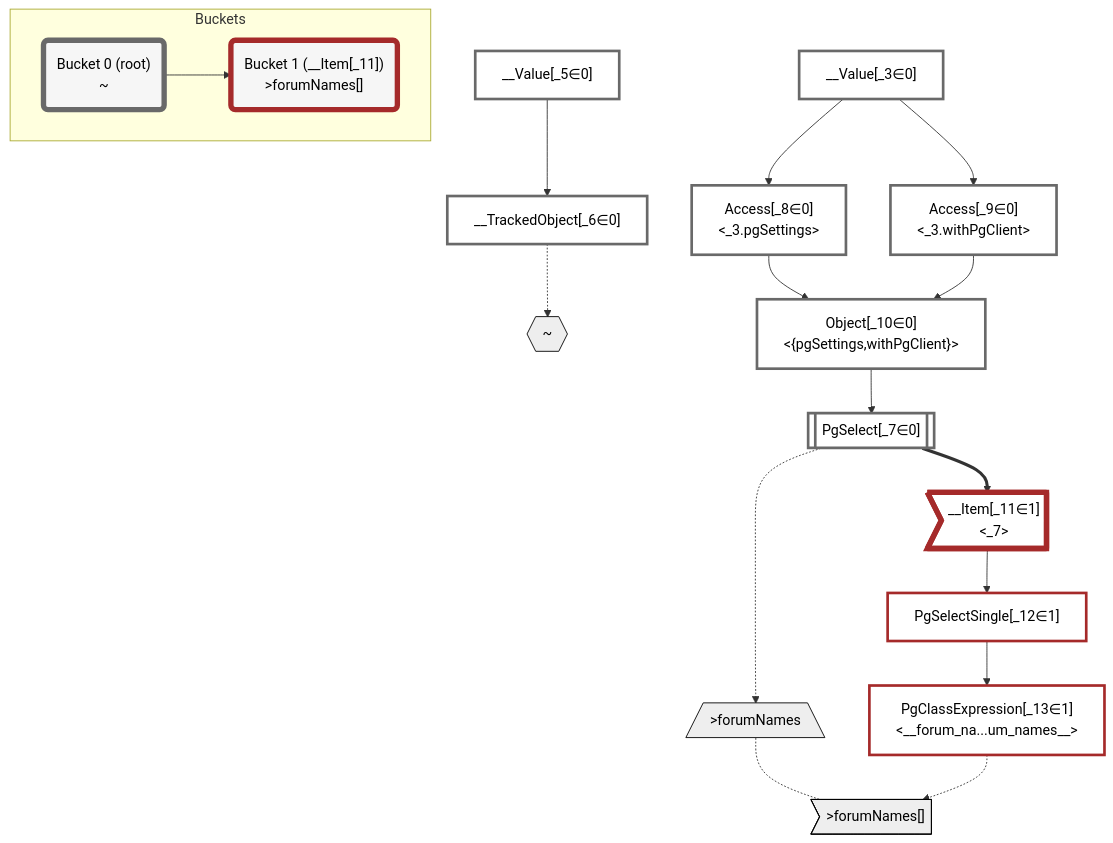
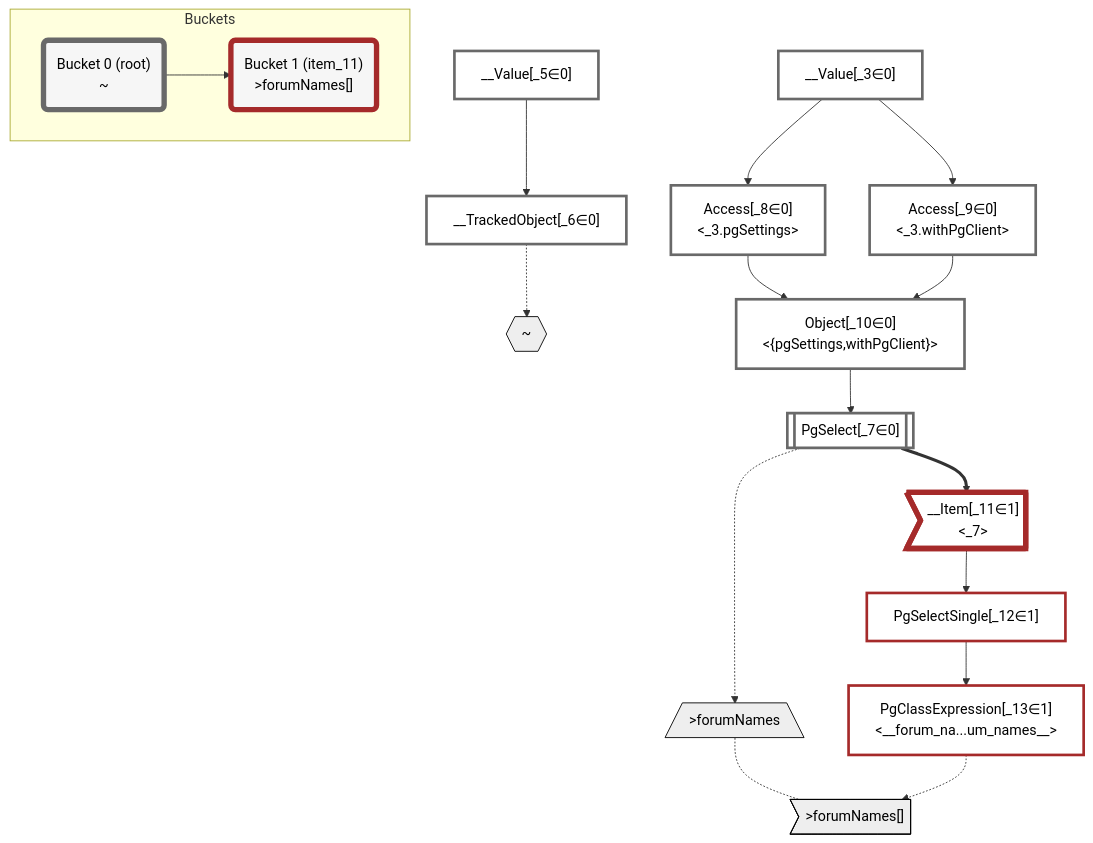
One commit to graphile/crystal changed the diagram in packages/dataplan-pg/__tests__/queries/functions/custom-query-forum-names.deopt.mermaid.md. Above: the diagram before and after it, drawn with Mermaid. The commit also changed 159 other files, not shown here.

````diff
--- a/packages/dataplan-pg/__tests__/queries/functions/custom-query-forum-names.deopt.mermaid.md
+++ b/packages/dataplan-pg/__tests__/queries/functions/custom-query-forum-names.deopt.mermaid.md
@@ -1,58 +1,58 @@
 ```mermaid
 graph TD
     classDef path fill:#eee,stroke:#000,color:#000
     classDef plan fill:#fff,stroke-width:3px,color:#000
     classDef itemplan fill:#fff,stroke-width:6px,color:#000
     classDef sideeffectplan fill:#f00,stroke-width:6px,color:#000
     classDef bucket fill:#f6f6f6,color:#000,stroke-width:6px
 
     %% subgraph fields
     P1{{"~"}}:::path
     P2[/">forumNames"\]:::path
     P3>">forumNames[]"]:::path
     P2 -.- P3
     %% P1 -.-> P2
     %% end
 
     %% define plans
     __Value_3["__Value[_3∈0]<br /><context>"]:::plan
     __Value_5["__Value[_5∈0]<br /><rootValue>"]:::plan
     __TrackedObject_6["__TrackedObject[_6∈0]"]:::plan
     PgSelect_7[["PgSelect[_7∈0]<br /><forum_names>"]]:::plan
     Access_8["Access[_8∈0]<br /><_3.pgSettings>"]:::plan
     Access_9["Access[_9∈0]<br /><_3.withPgClient>"]:::plan
     Object_10["Object[_10∈0]<br /><{pgSettings,withPgClient}>"]:::plan
     __Item_11>"__Item[_11∈1]<br /><_7>"]:::itemplan
     PgSelectSingle_12["PgSelectSingle[_12∈1]<br /><text>"]:::plan
     PgClassExpression_13["PgClassExpression[_13∈1]<br /><__forum_na...um_names__>"]:::plan
 
     %% plan dependencies
     __Value_5 --> __TrackedObject_6
     Object_10 --> PgSelect_7
     __Value_3 --> Access_8
     __Value_3 --> Access_9
     Access_8 --> Object_10
     Access_9 --> Object_10
     PgSelect_7 ==> __Item_11
     __Item_11 --> PgSelectSingle_12
     PgSelectSingle_12 --> PgClassExpression_13
 
     %% plan-to-path relationships
     __TrackedObject_6 -.-> P1
     PgSelect_7 -.-> P2
     PgClassExpression_13 -.-> P3
 
     %% allocate buckets
     classDef bucket0 stroke:#696969
     class __Value_3,__Value_5,__TrackedObject_6,PgSelect_7,Access_8,Access_9,Object_10 bucket0
     classDef bucket1 stroke:#a52a2a
     class __Item_11,PgSelectSingle_12,PgClassExpression_13 bucket1
 
     subgraph Buckets
     Bucket0("Bucket 0 (root)<br />~"):::bucket
     style Bucket0 stroke:#696969
-    Bucket1("Bucket 1 (__Item[_11])<br />>forumNames[]"):::bucket
+    Bucket1("Bucket 1 (item_11)<br />>forumNames[]"):::bucket
     style Bucket1 stroke:#a52a2a
     Bucket0 --> Bucket1
     end
 ```
````
